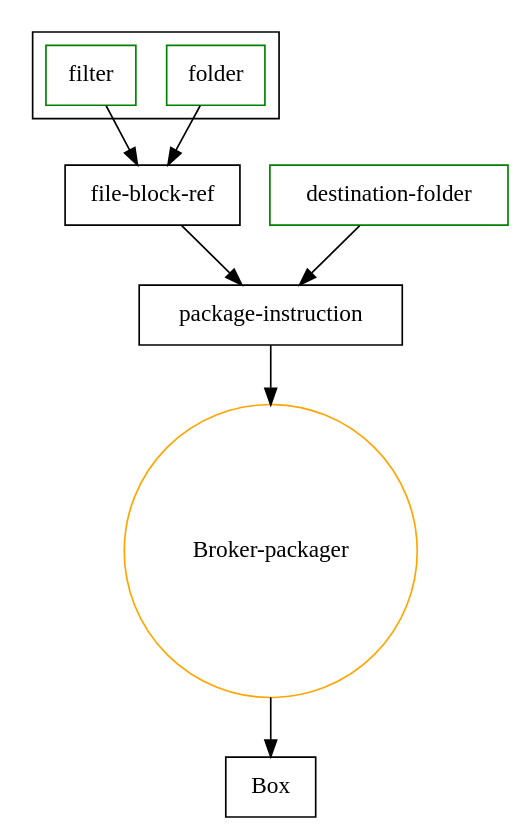
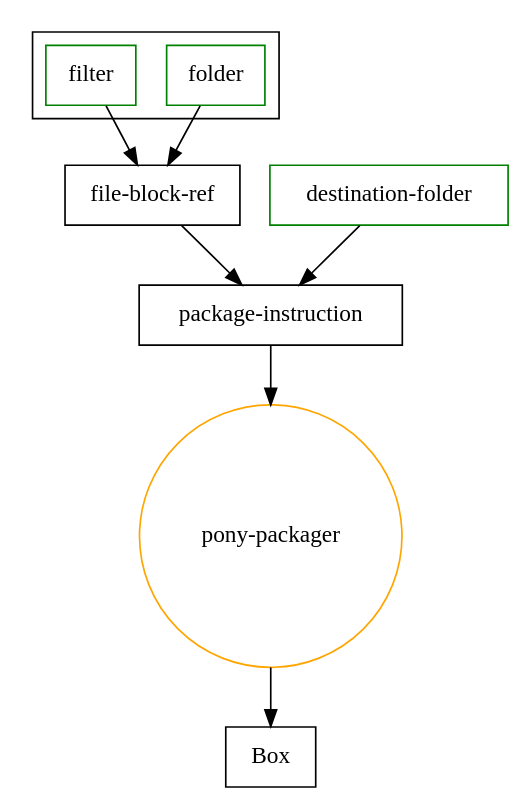
Before and after one commit to gpuoti/Artifact-PonyExpress: the diagram in doc/source/img-source/packaging-op.dot, drawn with Graphviz. The commit also changed 5 other files, not shown here.

```diff
--- a/doc/source/img-source/packaging-op.dot
+++ b/doc/source/img-source/packaging-op.dot
@@ -1,14 +1,14 @@
 digraph {
     edge [splines="polyline"]
     node [shape="box"]
 
     subgraph "cluster_File-Block-Ref" {
         folder [color=green];
         filter [color=green];
        
     } -> "file-block-ref" -> "package-instruction";
    
-    "destination-folder" -> "package-instruction" -> "Broker-packager" -> Box;
+    "destination-folder" -> "package-instruction" -> "pony-packager" -> Box;
     "destination-folder" [color = green]
-    "Broker-packager" [shape="circle" color=orange]
+    "pony-packager" [shape="circle" color=orange]
 }
```
